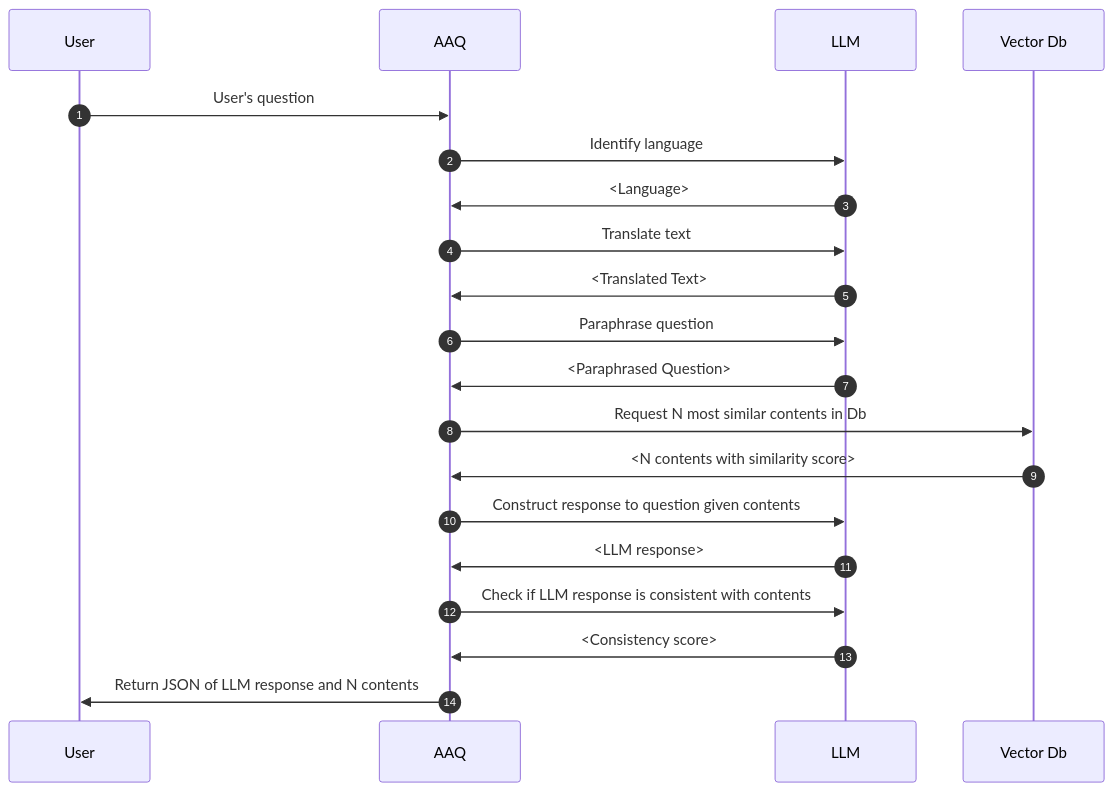
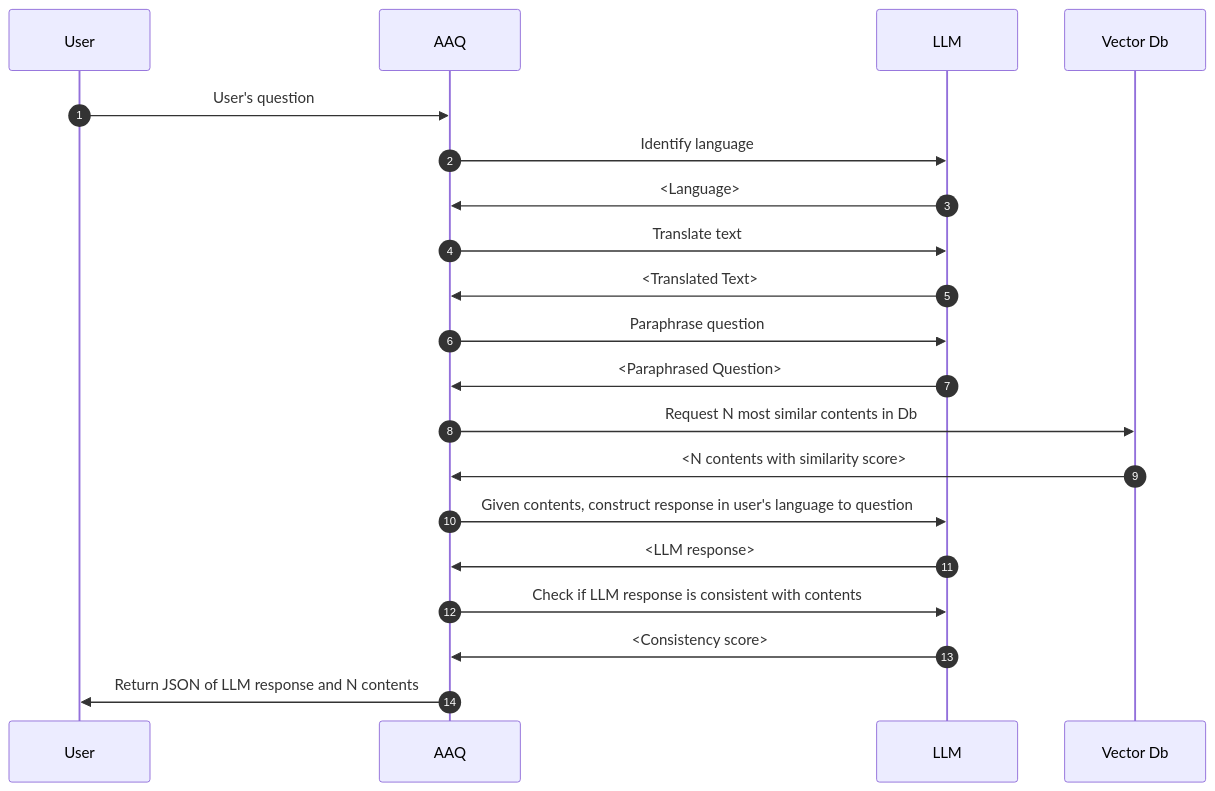
Before and after one commit to IDinsight/ask-a-question: the first of 2 diagrams in docs/components/qa-service/llm-response.md, drawn with Mermaid.

Commit message:
Add clarification re. responding in user's language

````diff
--- a/docs/components/qa-service/llm-response.md
+++ b/docs/components/qa-service/llm-response.md
@@ -13,19 +13,19 @@
 ```mermaid
 sequenceDiagram
   autonumber
   User->>AAQ: User's question
   AAQ->>LLM: Identify language
   LLM->>AAQ: <Language>
   AAQ->>LLM: Translate text
   LLM->>AAQ: <Translated Text>
   AAQ->>LLM: Paraphrase question
   LLM->>AAQ: <Paraphrased Question>
   AAQ->>Vector Db: Request N most similar contents in Db
   Vector Db->>AAQ: <N contents with similarity score>
-  AAQ->>LLM: Construct response to question given contents
+  AAQ->>LLM: Given contents, construct response in user's language to question
   LLM->>AAQ: <LLM response>
   AAQ->>LLM: Check if LLM response is consistent with contents
   LLM->>AAQ: <Consistency score>
   AAQ->>User: Return JSON of LLM response and N contents
 
 ```
````
